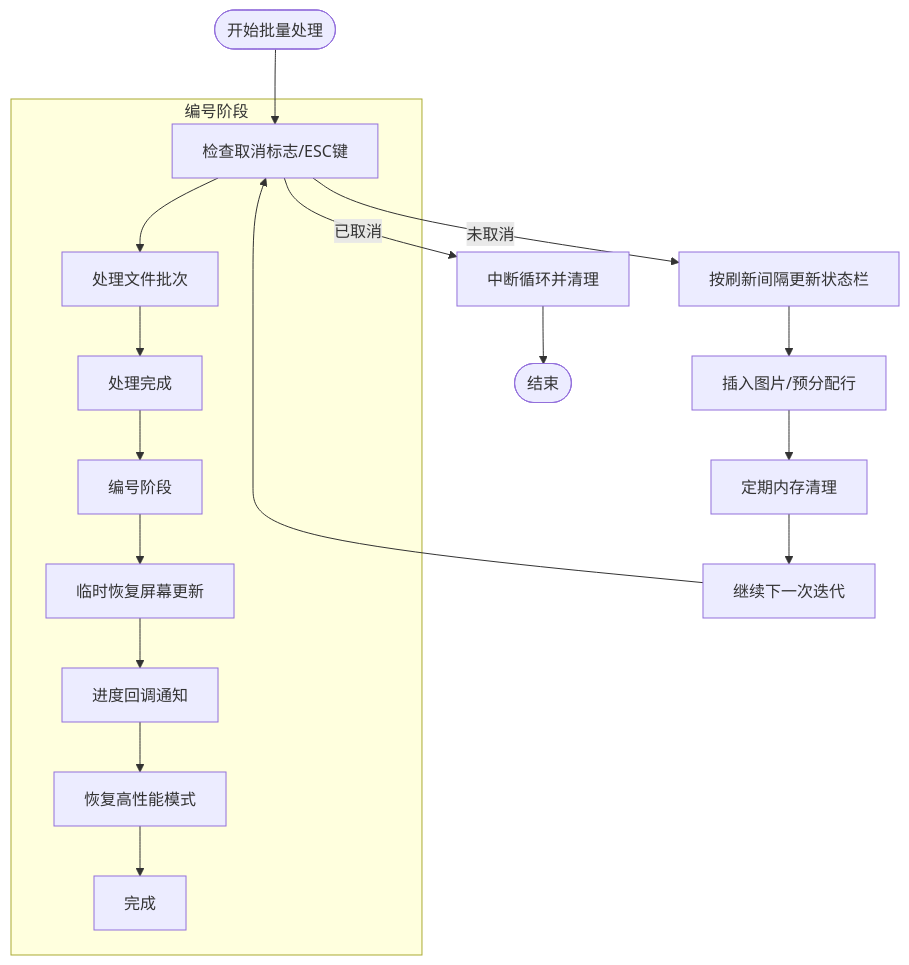
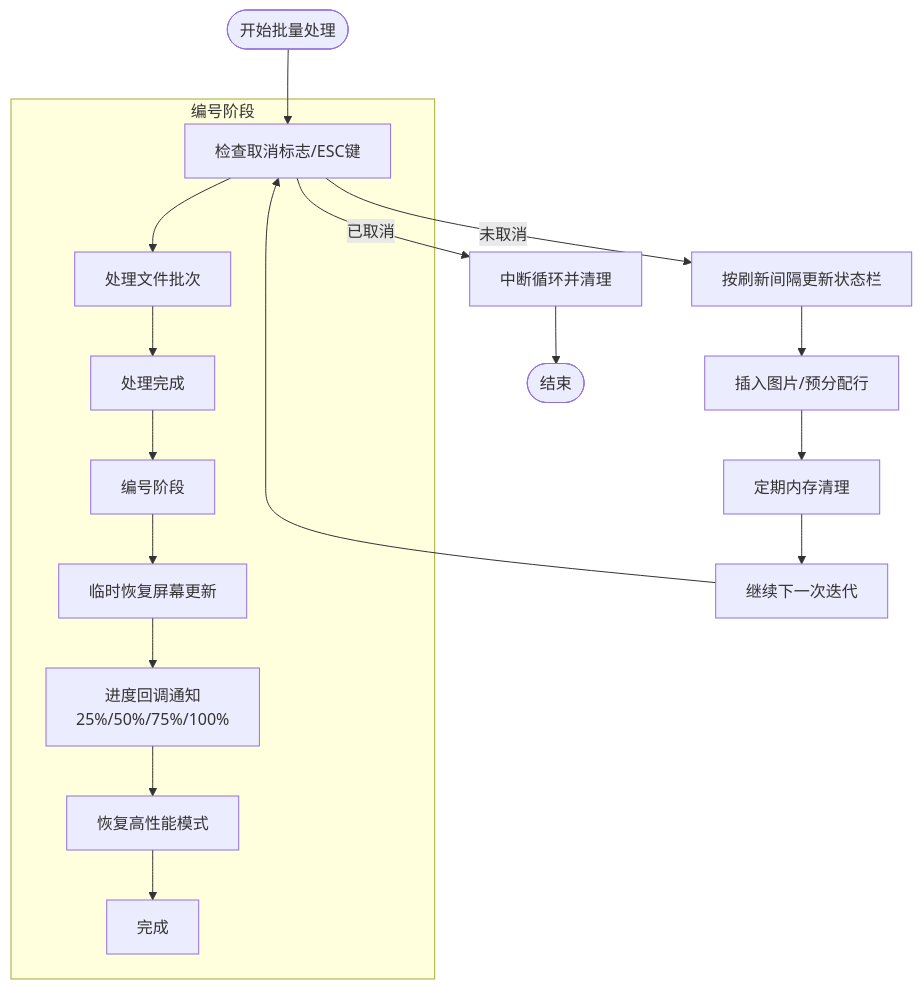
One commit to rainiva/WordTools changed the fourth of 6 diagrams in .qoder/repowiki/zh/content/服务层/进度服务.md. Above: the diagram before and after it, drawn with Mermaid. The commit also changed other lines of this file and 6 other files, not shown here.

First line of the commit message:
perf: 内联编号+扫描优化+行准备加速+图片显示修复

````diff
--- a/.qoder/repowiki/zh/content/服务层/进度服务.md
+++ b/.qoder/repowiki/zh/content/服务层/进度服务.md
@@ -230,20 +231,20 @@
 ```mermaid
 flowchart TD
 Start(["开始批量处理"]) --> CheckCancel["检查取消标志/ESC键"]
 CheckCancel --> |已取消| Abort["中断循环并清理"]
 CheckCancel --> |未取消| UpdateProgress["按刷新间隔更新状态栏"]
 UpdateProgress --> InsertImage["插入图片/预分配行"]
 InsertImage --> MemoryCleanup["定期内存清理"]
 MemoryCleanup --> NextIter["继续下一次迭代"]
 NextIter --> CheckCancel
 Abort --> End(["结束"])
 subgraph "编号阶段"
 CheckCancel --> ProcessFiles["处理文件批次"]
 ProcessFiles --> DoneProcessing["处理完成"]
 DoneProcessing --> NumberingPhase["编号阶段"]
 NumberingPhase --> TempScreenRestore["临时恢复屏幕更新"]
-TempScreenRestore --> ProgressCallback["进度回调通知"]
+TempScreenRestore --> ProgressCallback["进度回调通知<br/>25%/50%/75%/100%"]
 ProgressCallback --> RestorePerformanceMode["恢复高性能模式"]
 RestorePerformanceMode --> Finalize["完成"]
 end
 ```
````
